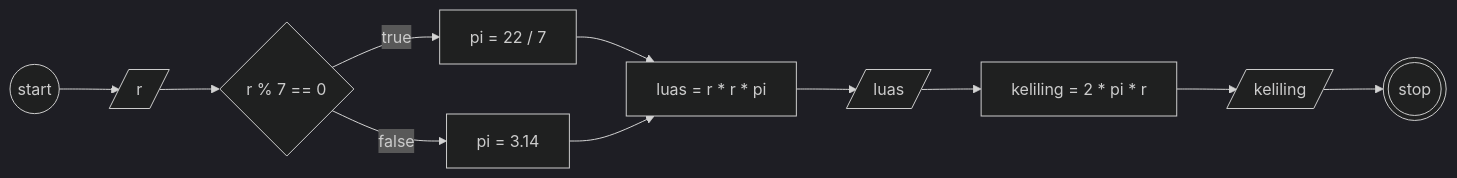
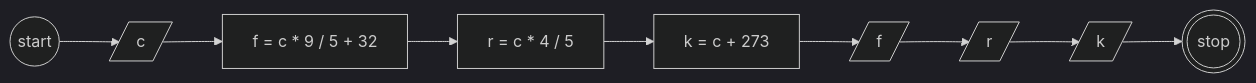
The diagram in README.md (ecenn/koda-b10-javascript5), drawn with Mermaid (dark theme) before and after one commit. The commit also changed other lines of this file and 1 other file, not shown here.

````diff
--- a/README.md
+++ b/README.md
@@ -10,25 +7,17 @@
 ```mermaid
 
 flowchart LR
 
 a((start))
-b[/r/]
-c{r % 7 == 0}
-d[pi = 22 / 7] 
-e[pi = 3.14]
-f[luas = r * r * pi]
-g[/luas/]
-h[keliling = 2 * pi * r]
-i[/keliling/]
-j(((stop)))
+b[/c/]
+c[f = c * 9 / 5 + 32]
+d[r = c * 4 / 5]
+e[k = c + 273]
+f[/f/]
+g[/r/]
+h[/k/]
+z(((stop)))
 
-a --> b
-b --> c
-c --true--> d --> f
-c --false--> e --> f
-f --> g
-g --> h
-h --> i
-i --> j
+a --> b --> c --> d --> e --> f --> g --> h --> z
 
-``` 
+```
````
